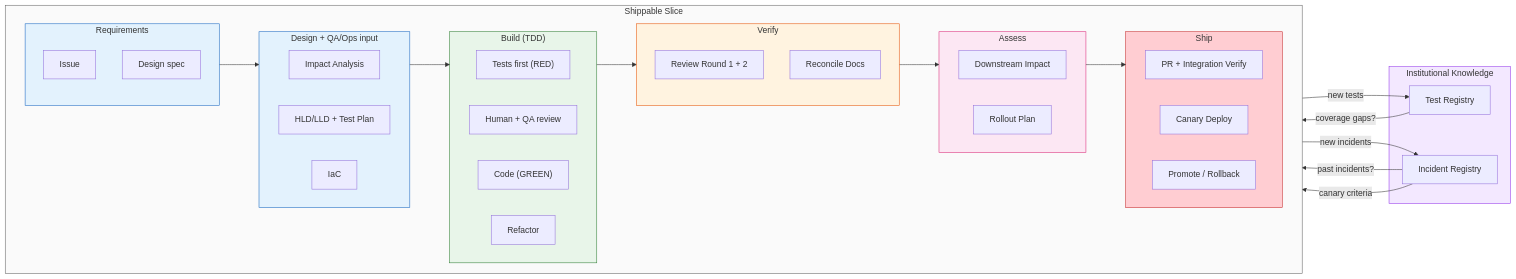
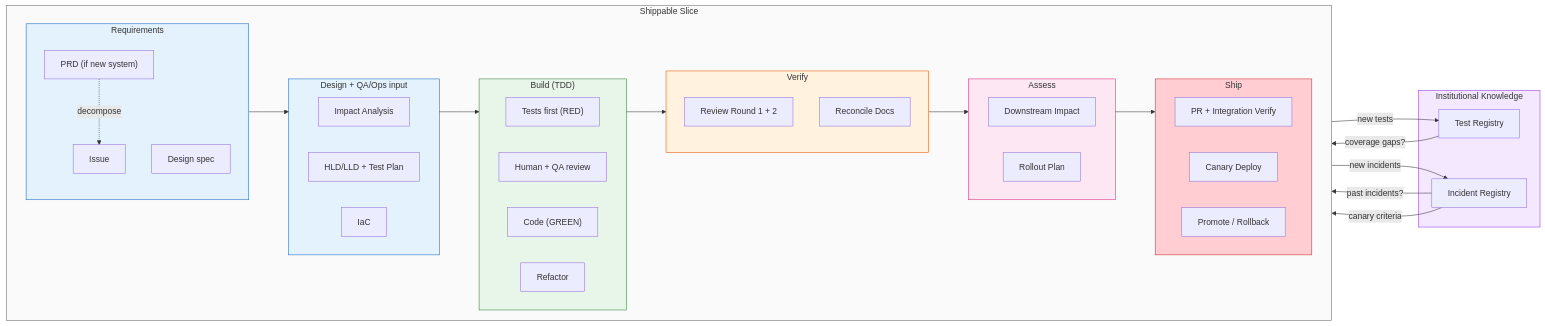
The fourth of 5 diagrams in README.md (Prasad-Apparaju/hitl-dev-platform), drawn with Mermaid before and after one commit. The commit also changed other lines of this file, not shown here.

Commit message:
Add PRD as an entry point — workflow supports both new systems and enhancements

````diff
--- a/README.md
+++ b/README.md
@@ -306,62 +313,64 @@
 ```mermaid
 graph LR
     subgraph Registries["Institutional Knowledge"]
         TR["Test Registry"]
         IR["Incident Registry"]
     end
 
     subgraph Pipeline["Shippable Slice"]
         direction LR
 
         subgraph Requirements["Requirements"]
+            R0["PRD (if new system)"]
             R1["Issue"]
             R2["Design spec"]
+            R0 -.->|"decompose"| R1
         end
 
         subgraph Design["Design + QA/Ops input"]
             D1["Impact Analysis"]
             D2["HLD/LLD + Test Plan"]
             D3["IaC"]
         end
 
         subgraph Build["Build (TDD)"]
             B1["Tests first (RED)"]
             B2["Human + QA review"]
             B3["Code (GREEN)"]
             B4["Refactor"]
         end
 
         subgraph Verify["Verify"]
             V1["Review Round 1 + 2"]
             V2["Reconcile Docs"]
         end
 
         subgraph Assess["Assess"]
             A1["Downstream Impact"]
             A2["Rollout Plan"]
         end
 
         subgraph Ship["Ship"]
             S1["PR + Integration Verify"]
             S2["Canary Deploy"]
             S3["Promote / Rollback"]
         end
 
         Requirements --> Design --> Build --> Verify --> Assess --> Ship
     end
 
     TR -->|"coverage gaps?"| D1
     IR -->|"past incidents?"| D1
     IR -->|"canary criteria"| A2
     B2 -->|"new tests"| TR
     S3 -->|"new incidents"| IR
 
     style Pipeline fill:#fafafa,stroke:#616161
     style Registries fill:#f3e8ff,stroke:#9333ea
     style Requirements fill:#e3f2fd,stroke:#1565c0
     style Design fill:#e3f2fd,stroke:#1565c0
     style Build fill:#e8f5e9,stroke:#2e7d32
     style Verify fill:#fff3e0,stroke:#e65100
     style Assess fill:#fce7f3,stroke:#db2777
     style Ship fill:#ffcdd2,stroke:#c62828
 ```
````
